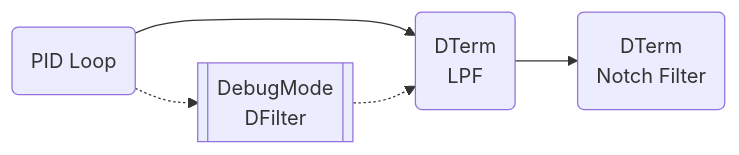
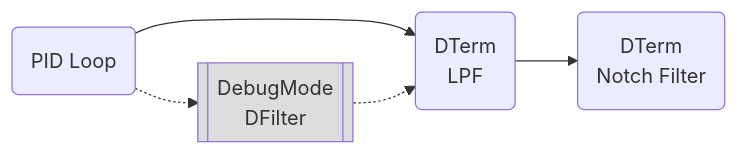
Before and after one commit to mrRobot62/lunax.betaflight.doc: the third of 4 diagrams in docs/bf_filter.md, drawn with Mermaid. The commit also changed other lines of this file and 43 other files, not shown here.

````diff
--- a/docs/bf_filter.md
+++ b/docs/bf_filter.md
@@ -92,7 +129,9 @@
 ```mermaid
 graph LR
-	PID(PID Loop) -.-> DBGDF[[DebugMode<br>DFilter]]
+	classDef dbg fill:#ddd
+
+	PID(PID Loop) -.-> DBGDF[[DebugMode<br>DFilter]]:::dbg
 	PID --> DTLPF(DTerm<br>LPF)
 	DBGDF -.-> DTLPF
 	DTLPF --> DTNF(DTerm<br>Notch Filter)
 ```
````
